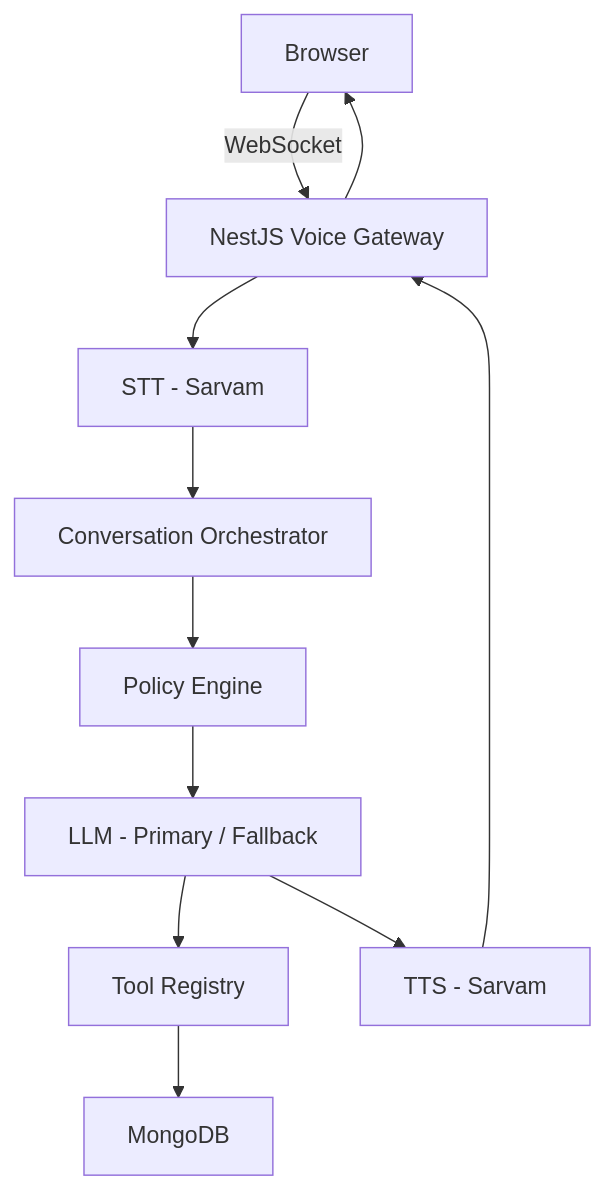
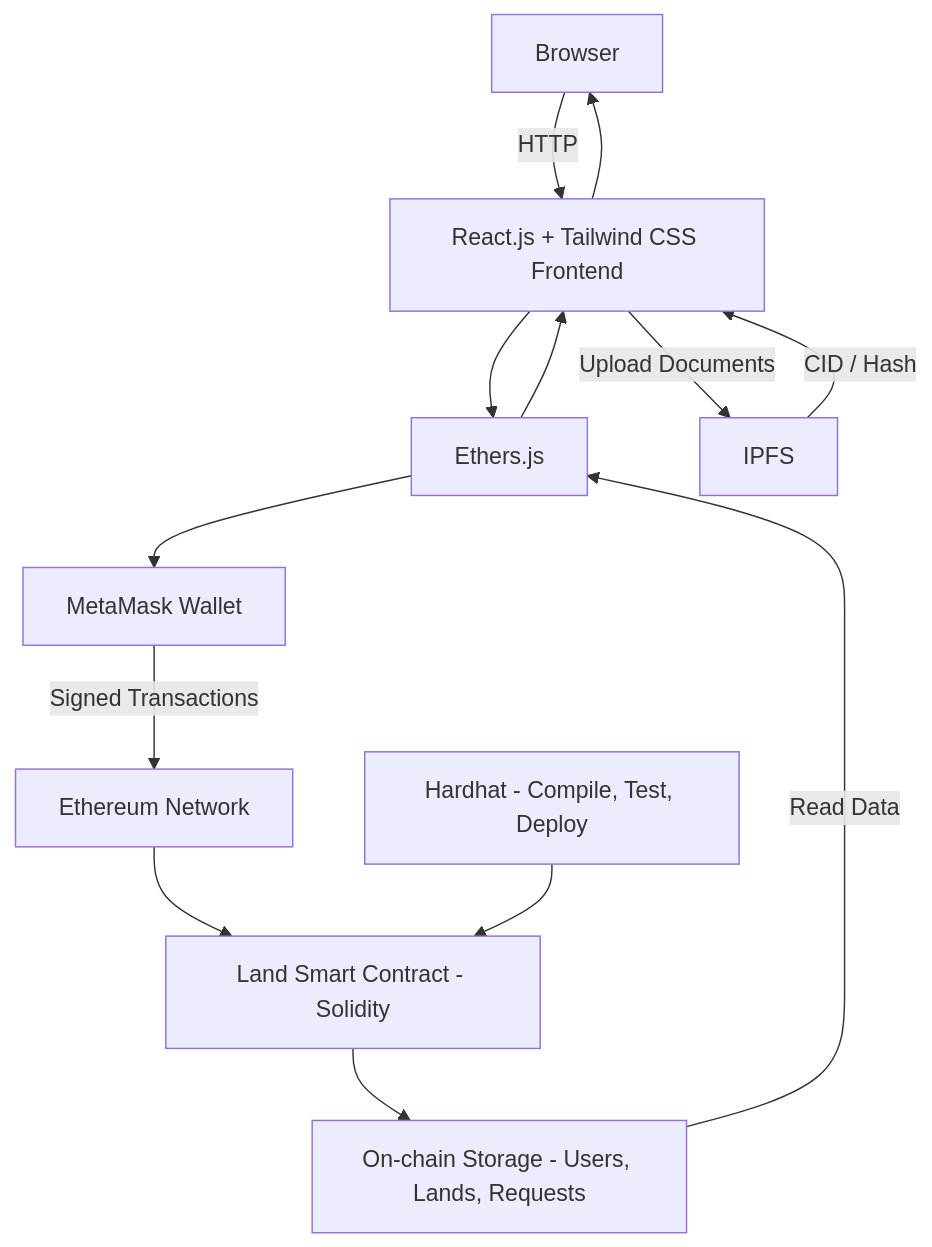
The first of 2 diagrams in readme.md (beingzuhairkhan/Ai-customer-support), drawn with Mermaid before and after one commit. The commit also changed other lines of this file, not shown here.

````diff
--- a/readme.md
+++ b/readme.md
@@ -37,13 +58,15 @@
 ```mermaid
 graph TD
-    A[Browser] -->|WebSocket| B[NestJS Voice Gateway]
-    B --> C[STT - Sarvam]
-    C --> D[Conversation Orchestrator]
-    D --> E[Policy Engine]
-    E --> F[LLM - Primary / Fallback]
-    F --> G[Tool Registry]
-    G --> H[MongoDB]
-    F --> I[TTS - Sarvam]
-    I --> B
+    A[Browser] -->|HTTP| B[React.js + Tailwind CSS Frontend]
+    B --> C[Ethers.js]
+    C --> D[MetaMask Wallet]
+    D -->|Signed Transactions| E[Ethereum Network]
+    E --> F[Land Smart Contract - Solidity]
+    F --> G[On-chain Storage - Users, Lands, Requests]
+    G -->|Read Data| C
+    B -->|Upload Documents| H[IPFS]
+    H -->|CID / Hash| B
+    I[Hardhat - Compile, Test, Deploy] --> F
+    C --> B
     B --> A
 ```
````
